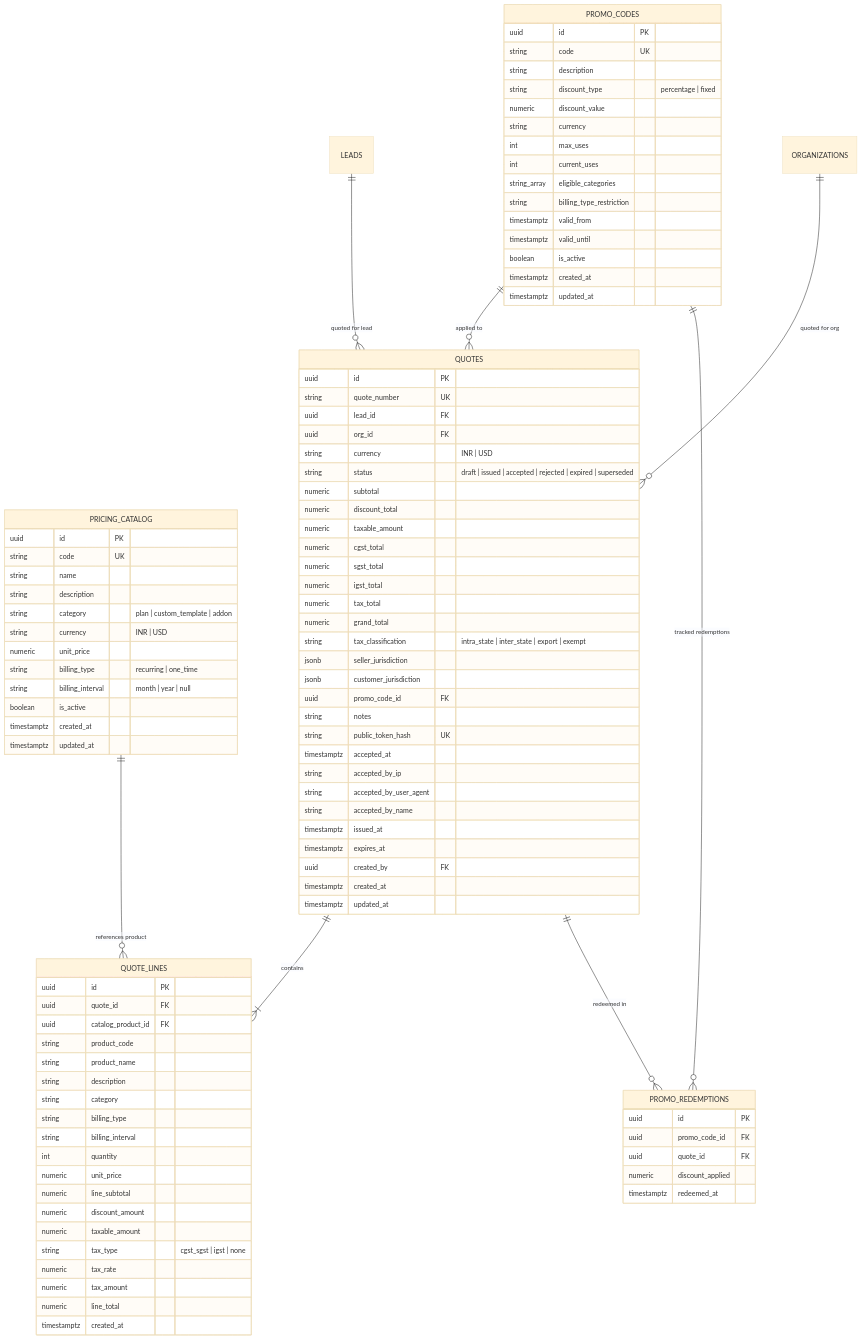
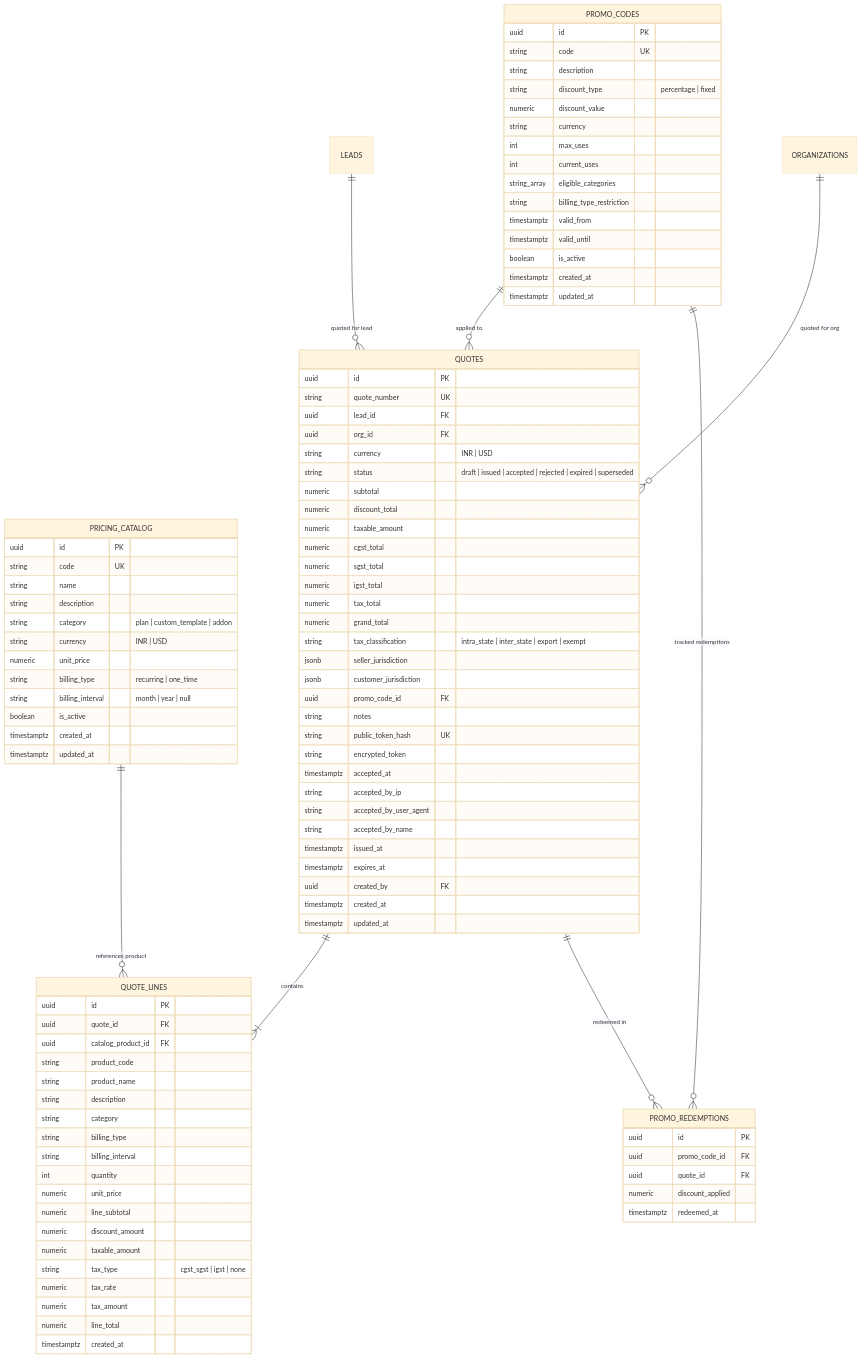
The third of 3 diagrams in apps/docs/content/docs/database/db-visualization.mdx (infinitica-org/hellosmart), drawn with Mermaid (base theme) before and after one commit. The commit also changed 29 other files, not shown here.

```diff
--- a/apps/docs/content/docs/database/db-visualization.mdx
+++ b/apps/docs/content/docs/database/db-visualization.mdx
@@ -414,6 +414,7 @@
         uuid promo_code_id FK
         string notes
         string public_token_hash UK
+        string encrypted_token
         timestamptz accepted_at
         string accepted_by_ip
         string accepted_by_user_agent
```
